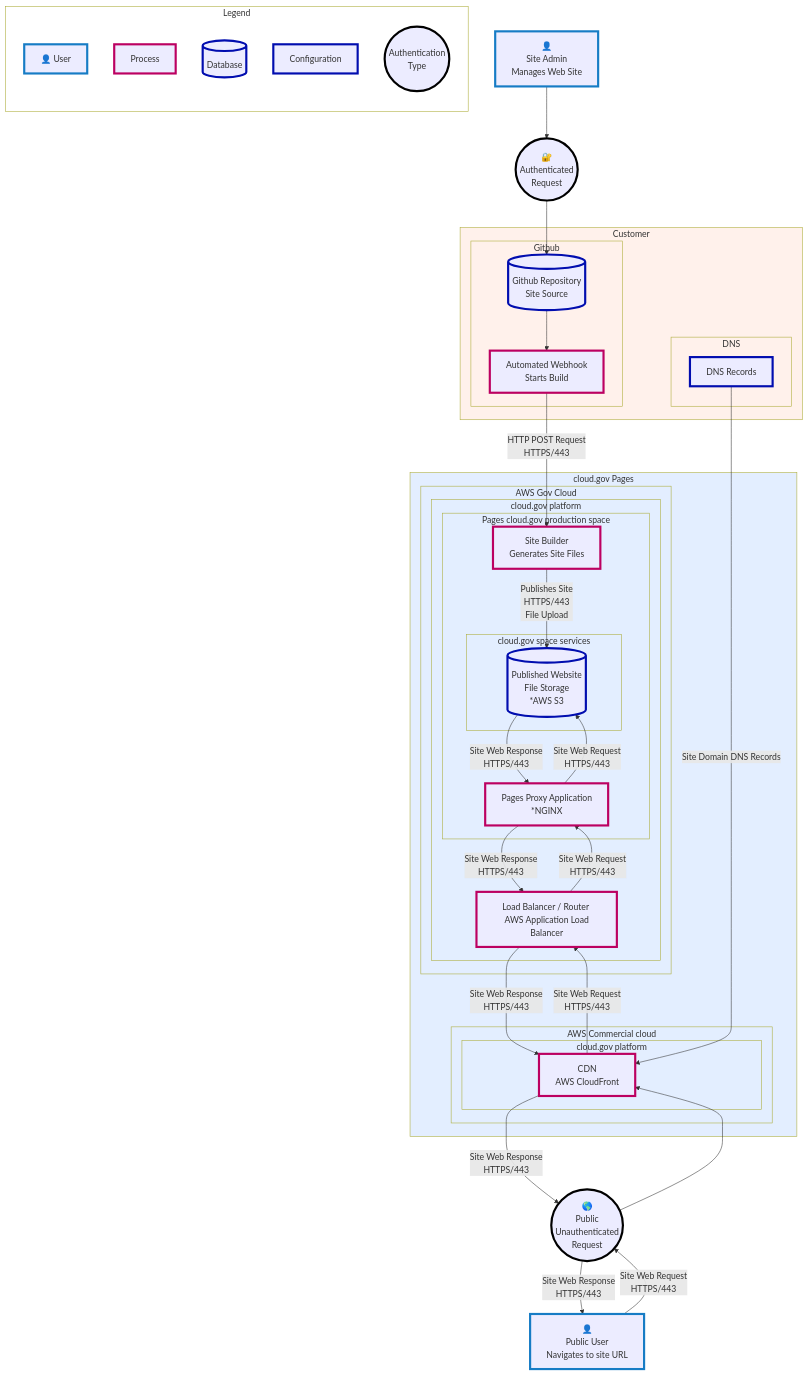
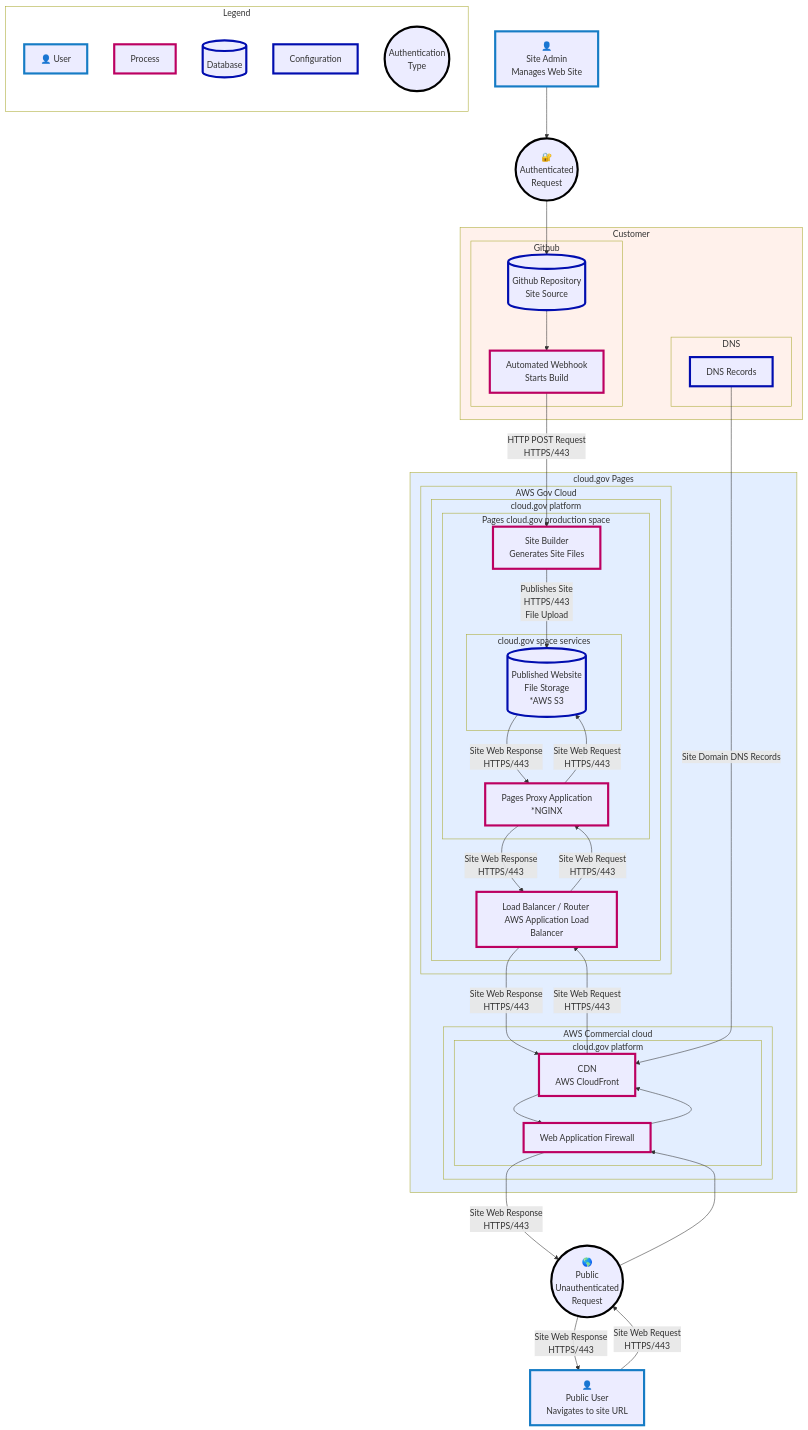
The diagram in source/diagrams/pages/public_customer_site_requests.mmd (cloud-gov/system-diagrams), drawn with Mermaid before and after one commit. The commit also changed 5 other files, not shown here.

Commit message:
feat: Add WAF to Pages Diagrams (#160)

```diff
--- a/source/diagrams/pages/public_customer_site_requests.mmd
+++ b/source/diagrams/pages/public_customer_site_requests.mmd
@@ -1,106 +1,109 @@
 flowchart TB
   %% Styles
   classDef userStyle stroke:#167CC5,stroke-width:4px
   classDef processStyle stroke:#bc0061,stroke-width:4px
   classDef decisionStyle stroke:#ea8d02,stroke-width:4px
   classDef dbStyle stroke:#010daf,stroke-width:4px
   classDef authStyle stroke:#000000,stroke-width:4px
 
   %% Style Subgrapohs
   classDef customerGraphStyle fill:#FFF1EB
   classDef cgGraphStyle fill:#E3EEFF
   classDef blank fill:#fff;
 
   %% Component Defintions
 
   %% Users
   admin["👤  <br/> Site Admin <br/> Manages Web Site"]:::userStyle
   user["👤  <br/> Public User <br/> Navigates to site URL"]:::userStyle
 
   %% Processors
   aws_cdn[CDN <br/> AWS CloudFront]:::processStyle
   aws_load_balancer[Load Balancer / Router <br/> AWS Application Load Balancer]:::processStyle
   pages_proxy[Pages Proxy Application <br/> *NGINX]:::processStyle
   pages_builder[Site Builder <br/> Generates Site Files]:::processStyle
+  waf[Web Application Firewall]:::processStyle
 
   %% Databases
   s3[(Published Website <br/> File Storage <br/> *AWS S3)]:::dbStyle
 
   %% Customers Components
   dns_config[DNS Records]:::dbStyle
   github[(Github Repository <br/> Site Source)]:::dbStyle
   auth(("🔐 <br/> Authenticated <br/> Request")):::authStyle
   public_auth(("🌎 <br/> Public <br/> Unauthenticated <br/> Request")):::authStyle
   webhook[Automated Webhook<br/>Starts Build]:::processStyle
 
   %% Public Flow
-  user --  Site Web Request <br /> HTTPS/443 --> public_auth --> aws_cdn
-  aws_cdn -- Site Web Response <br /> HTTPS/443 --> public_auth --  Site Web Response <br /> HTTPS/443  --> user
+  user --  Site Web Request <br /> HTTPS/443 --> public_auth --> waf --> aws_cdn
+  waf -- Site Web Response <br /> HTTPS/443 --> public_auth --  Site Web Response <br /> HTTPS/443  --> user
+  aws_cdn --> waf
   aws_cdn -- Site Web Request <br /> HTTPS/443 --> aws_load_balancer
   aws_load_balancer -- Site Web Response <br /> HTTPS/443 --> aws_cdn
   aws_load_balancer -- Site Web Request <br /> HTTPS/443 --> pages_proxy
   pages_proxy -- Site Web Response <br /> HTTPS/443 --> aws_load_balancer
 
   pages_proxy -- Site Web Request <br /> HTTPS/443  --> s3
   s3 -- Site Web Response <br /> HTTPS/443  --> pages_proxy
 
   %% Customer Flow
 
   admin --> auth --> github
   github --> webhook -- HTTP POST Request <br /> HTTPS/443 --> pages_builder
   dns_config -- Site Domain DNS Records --> aws_cdn
   pages_builder -- Publishes Site <br/> HTTPS/443 <br/> File Upload --> s3
 
   %% Layout
   subgraph Customer
     subgraph DNS
       dns_config
     end
     subgraph Github
       github
       webhook
     end
   end
 
   subgraph Pages[cloud.gov Pages]
     subgraph aws_gov_cloud[AWS Gov Cloud]
       subgraph cg_platform[cloud.gov platform]
         aws_load_balancer
         subgraph cg_pages_space[Pages cloud.gov production space]
           pages_proxy
           pages_builder
           subgraph cg_pages_services[cloud.gov space services]
             s3
           end
         end
       end
     end
 
     subgraph aws_com[AWS Commercial cloud]
       subgraph cg_platform_2[cloud.gov platform]
+        waf
         aws_cdn
       end
     end
   end
 
   subgraph Legend
     direction BT
     legend_user["👤 User"]:::userStyle
     legend_process[Process]:::processStyle
     legend_db[(Database)]:::dbStyle
     legend_config[Configuration]:::dbStyle
     legend_connect((Authentication <br> Type)):::authStyle
   end
 
   class Customer customerGraphStyle
   class DNS customerGraphStyle
   class Github customerGraphStyle
   class Legend blank
 
   class Pages cgGraphStyle
   class aws_com cgGraphStyle
   class aws_gov_cloud cgGraphStyle
   class cg_platform cgGraphStyle
   class cg_platform_2 cgGraphStyle
   class cg_pages_space cgGraphStyle
   class cg_pages_services cgGraphStyle
```
